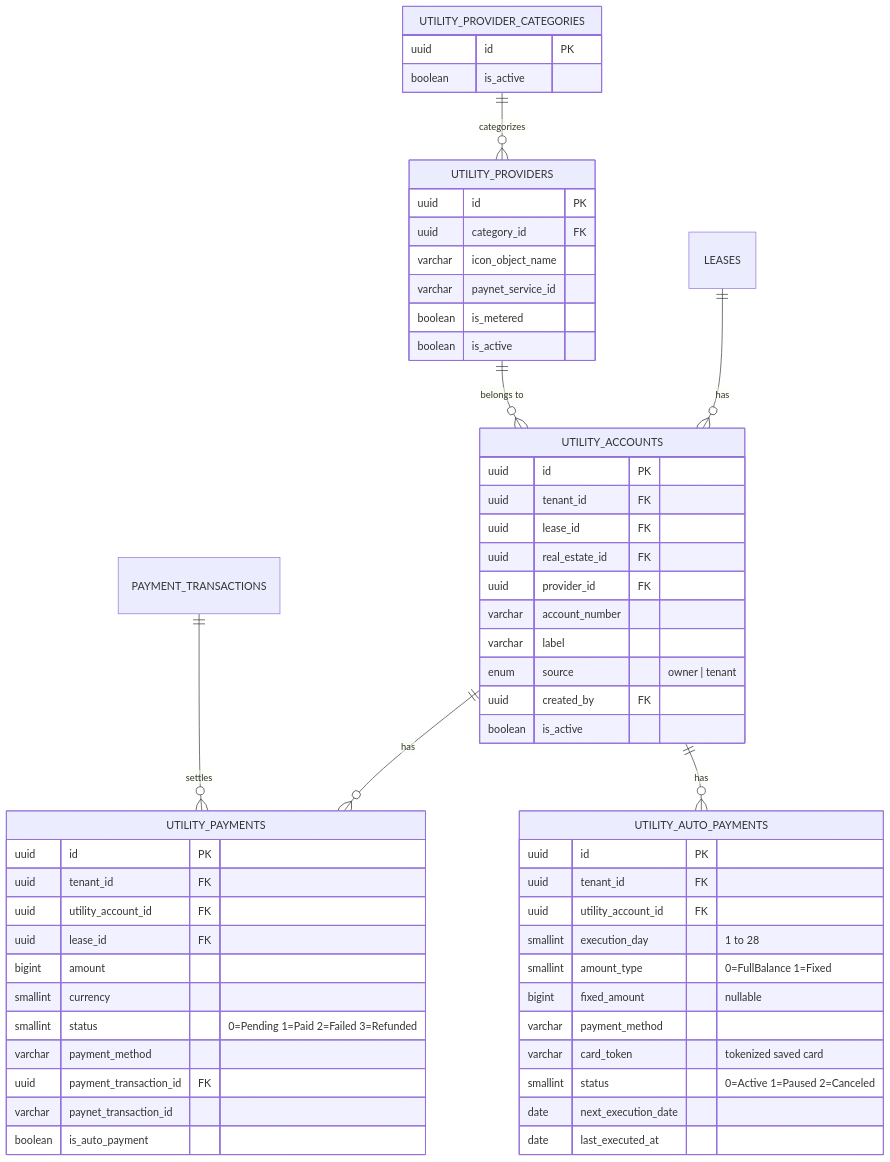
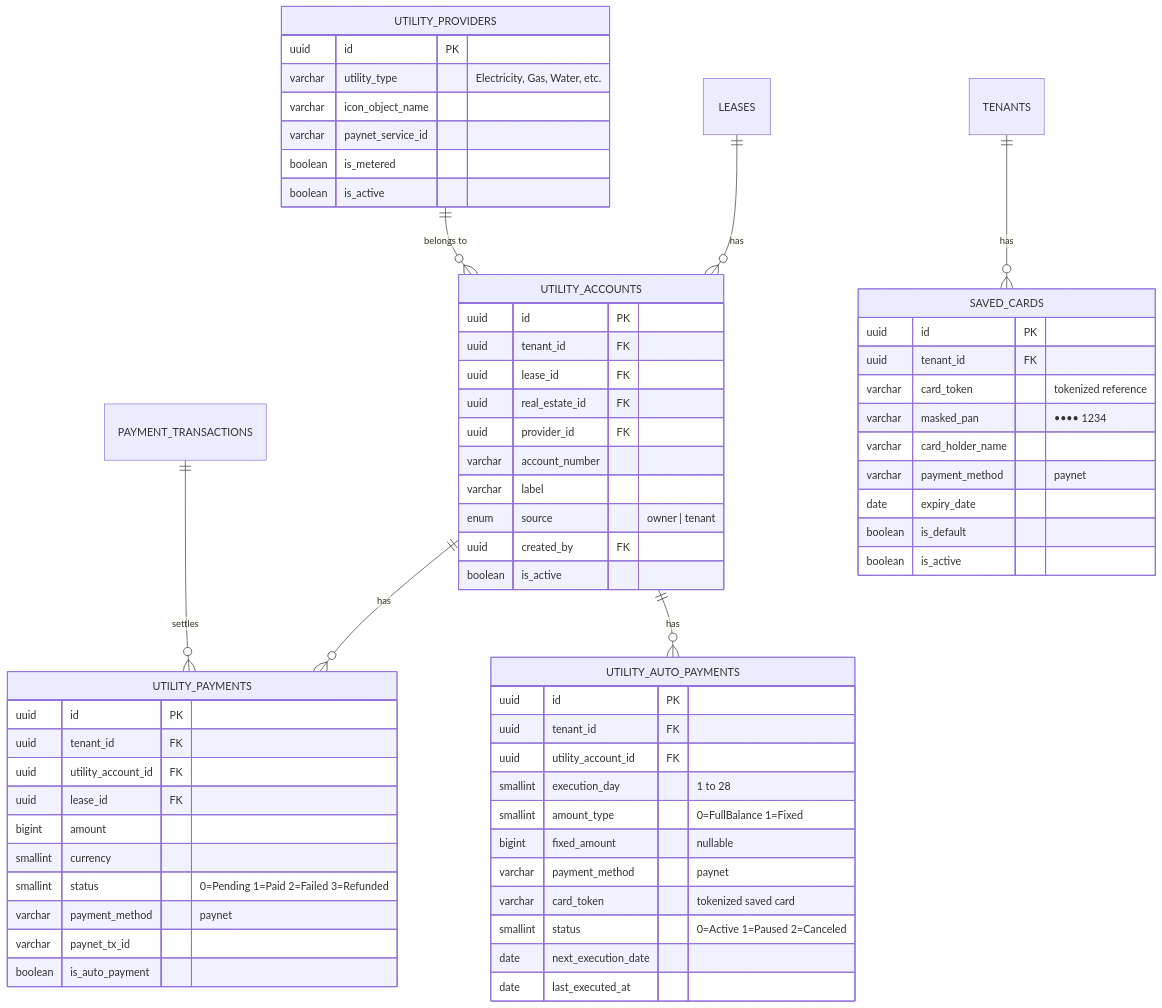
Diagram 13 of 14 in utilities-payment-userflow.md (saodatm-dev/Utilities---Informational-Architecture), drawn with Mermaid before and after one commit. The commit also changed other lines of this file and 12 other files, not shown here.

Commit message:
docs: Remove outdated informational architecture documents, update payment userflow, and add new images.

````diff
--- a/utilities-payment-userflow.md
+++ b/utilities-payment-userflow.md
@@ -405,64 +491,70 @@
 ```mermaid
 erDiagram
     LEASES ||--o{ UTILITY_ACCOUNTS : "has"
     UTILITY_PROVIDERS ||--o{ UTILITY_ACCOUNTS : "belongs to"
-    UTILITY_PROVIDER_CATEGORIES ||--o{ UTILITY_PROVIDERS : "categorizes"
     UTILITY_ACCOUNTS ||--o{ UTILITY_PAYMENTS : "has"
     UTILITY_ACCOUNTS ||--o{ UTILITY_AUTO_PAYMENTS : "has"
     PAYMENT_TRANSACTIONS ||--o{ UTILITY_PAYMENTS : "settles"
-
-    UTILITY_PROVIDER_CATEGORIES {
-        uuid id PK
-        boolean is_active
-    }
+    TENANTS ||--o{ SAVED_CARDS : "has"
 
     UTILITY_PROVIDERS {
         uuid id PK
-        uuid category_id FK
+        varchar utility_type "Electricity, Gas, Water, etc."
         varchar icon_object_name
         varchar paynet_service_id
         boolean is_metered
         boolean is_active
     }
 
     UTILITY_ACCOUNTS {
         uuid id PK
         uuid tenant_id FK
         uuid lease_id FK
         uuid real_estate_id FK
         uuid provider_id FK
         varchar account_number
         varchar label
         enum source "owner | tenant"
         uuid created_by FK
         boolean is_active
     }
 
     UTILITY_PAYMENTS {
         uuid id PK
         uuid tenant_id FK
         uuid utility_account_id FK
         uuid lease_id FK
         bigint amount
         smallint currency
         smallint status "0=Pending 1=Paid 2=Failed 3=Refunded"
-        varchar payment_method
-        uuid payment_transaction_id FK
-        varchar paynet_transaction_id
+        varchar payment_method "paynet"
+        varchar paynet_tx_id
         boolean is_auto_payment
     }
 
     UTILITY_AUTO_PAYMENTS {
         uuid id PK
         uuid tenant_id FK
         uuid utility_account_id FK
         smallint execution_day "1 to 28"
         smallint amount_type "0=FullBalance 1=Fixed"
         bigint fixed_amount "nullable"
-        varchar payment_method
+        varchar payment_method "paynet"
         varchar card_token "tokenized saved card"
         smallint status "0=Active 1=Paused 2=Canceled"
         date next_execution_date
         date last_executed_at
     }
+
+    SAVED_CARDS {
+        uuid id PK
+        uuid tenant_id FK
+        varchar card_token "tokenized reference"
+        varchar masked_pan "•••• 1234"
+        varchar card_holder_name
+        varchar payment_method "paynet"
+        date expiry_date
+        boolean is_default
+        boolean is_active
+    }
 ```
````
